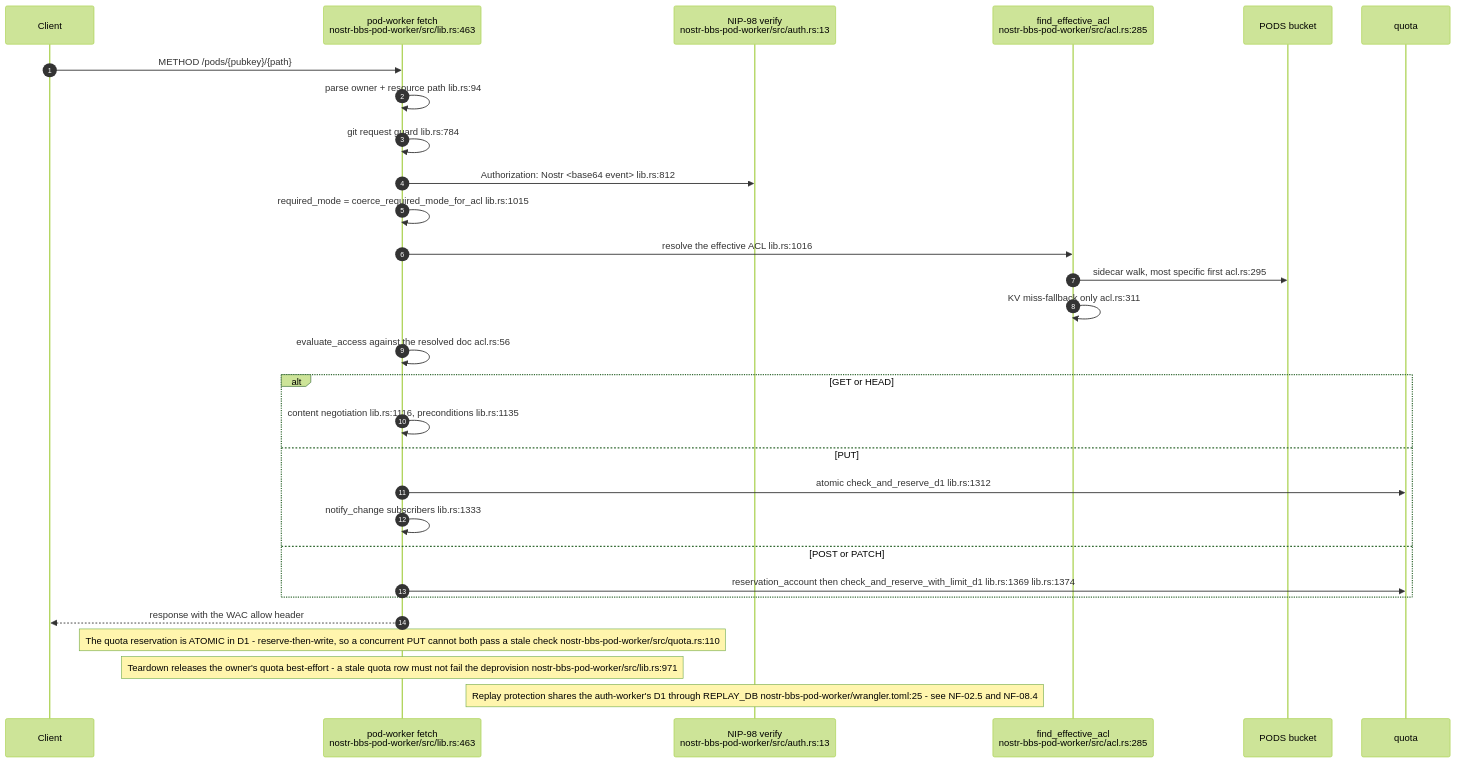
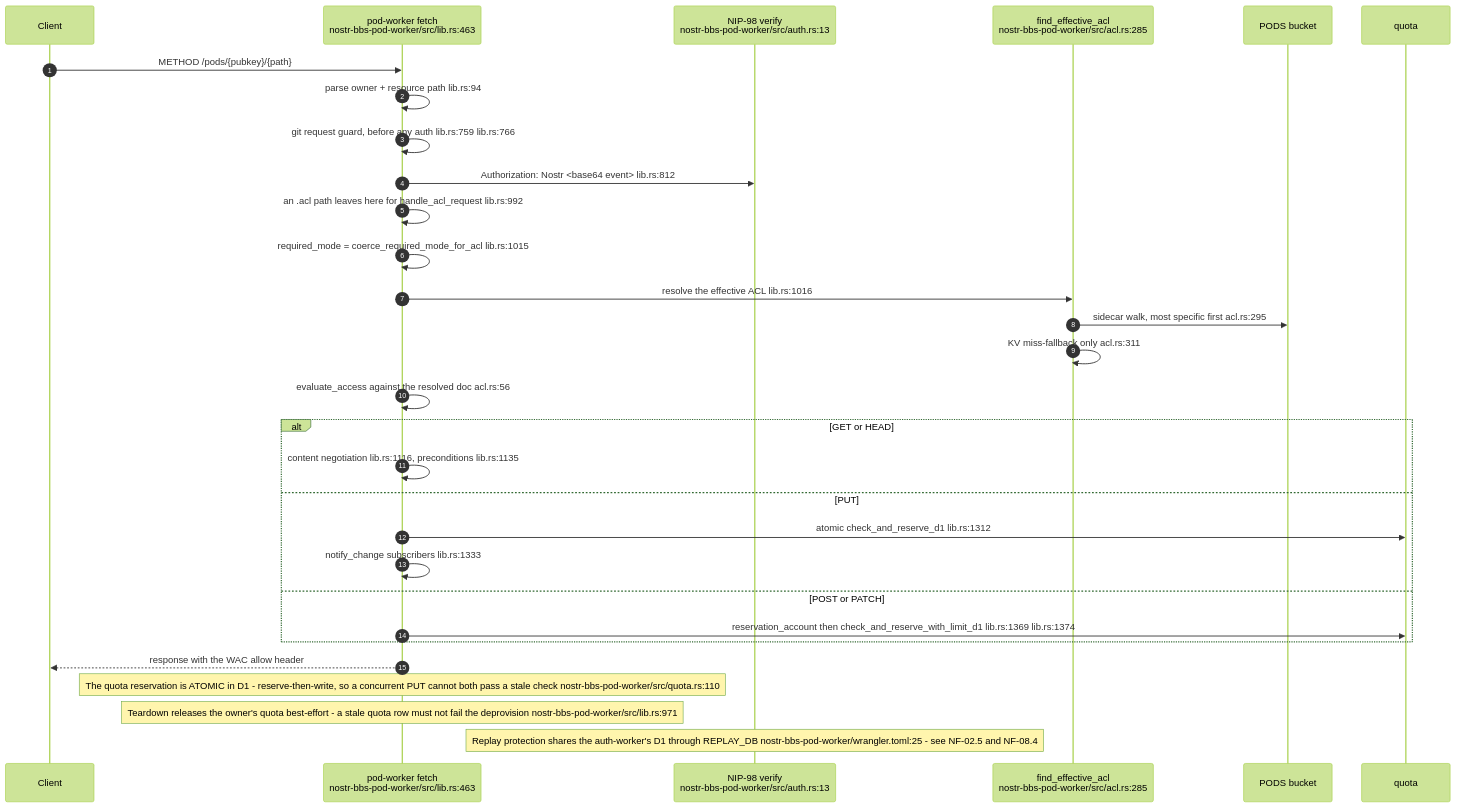
Before and after one commit to DreamLab-AI/VisionFlow: the second of 10 diagrams in docs/diagrams/nostr-rust-forum/04-pod-worker-ldp-wac-and-delegation.md, drawn with Mermaid (forest theme). The commit also changed other lines of this file and 91 other files, not shown here.

````diff
--- a/docs/diagrams/nostr-rust-forum/04-pod-worker-ldp-wac-and-delegation.md
+++ b/docs/diagrams/nostr-rust-forum/04-pod-worker-ldp-wac-and-delegation.md
@@ -70,33 +71,34 @@
 ```mermaid
 sequenceDiagram
     autonumber
     participant C as Client
     participant W as pod-worker fetch<br/>nostr-bbs-pod-worker/src/lib.rs:463
     participant A as NIP-98 verify<br/>nostr-bbs-pod-worker/src/auth.rs:13
     participant ACL as find_effective_acl<br/>nostr-bbs-pod-worker/src/acl.rs:285
     participant R2 as PODS bucket
     participant Q as quota
 
     C->>W: METHOD /pods/{pubkey}/{path}
     W->>W: parse owner + resource path lib.rs:94
-    W->>W: git request guard lib.rs:784
+    W->>W: git request guard, before any auth lib.rs:759 lib.rs:766
     W->>A: Authorization: Nostr <base64 event> lib.rs:812
+    W->>W: an .acl path leaves here for handle_acl_request lib.rs:992
     W->>W: required_mode = coerce_required_mode_for_acl lib.rs:1015
     W->>ACL: resolve the effective ACL lib.rs:1016
     ACL->>R2: sidecar walk, most specific first acl.rs:295
     ACL->>ACL: KV miss-fallback only acl.rs:311
     W->>W: evaluate_access against the resolved doc acl.rs:56
     alt GET or HEAD
         W->>W: content negotiation lib.rs:1116, preconditions lib.rs:1135
     else PUT
         W->>Q: atomic check_and_reserve_d1 lib.rs:1312
         W->>W: notify_change subscribers lib.rs:1333
     else POST or PATCH
         W->>Q: reservation_account then check_and_reserve_with_limit_d1 lib.rs:1369 lib.rs:1374
     end
     W-->>C: response with the WAC allow header
 
     Note over W: The quota reservation is ATOMIC in D1 - reserve-then-write, so a concurrent PUT cannot both pass a stale check nostr-bbs-pod-worker/src/quota.rs:110
     Note over W: Teardown releases the owner's quota best-effort - a stale quota row must not fail the deprovision nostr-bbs-pod-worker/src/lib.rs:971
     Note over A: Replay protection shares the auth-worker's D1 through REPLAY_DB nostr-bbs-pod-worker/wrangler.toml:25 - see NF-02.5 and NF-08.4
 ```
````
